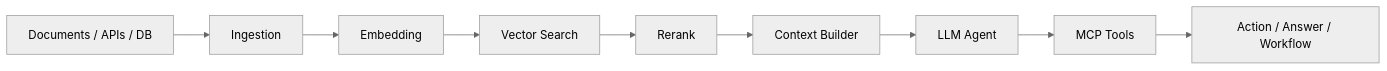
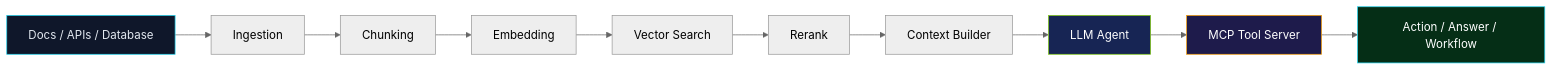
Before and after one commit to Cat-FC/Cat-FC: the diagram in README.md, drawn with Mermaid (neutral theme). The commit also changed other lines of this file and 2 other files, not shown here.

````diff
--- a/README.md
+++ b/README.md
@@ -71,11 +56,17 @@
 ```mermaid
 flowchart LR
-    A["Documents / APIs / DB"] --> B["Ingestion"]
-    B --> C["Embedding"]
-    C --> D["Vector Search"]
-    D --> E["Rerank"]
-    E --> F["Context Builder"]
-    F --> G["LLM Agent"]
-    G --> H["MCP Tools"]
-    H --> I["Action / Answer / Workflow"]
+    A["Docs / APIs / Database"] --> B["Ingestion"]
+    B --> C["Chunking"]
+    C --> D["Embedding"]
+    D --> E["Vector Search"]
+    E --> F["Rerank"]
+    F --> G["Context Builder"]
+    G --> H["LLM Agent"]
+    H --> I["MCP Tool Server"]
+    I --> J["Action / Answer / Workflow"]
+
+    style A fill:#0f172a,stroke:#22d3ee,color:#e2e8f0
+    style H fill:#172554,stroke:#84cc16,color:#ffffff
+    style I fill:#1e1b4b,stroke:#f59e0b,color:#ffffff
+    style J fill:#052e16,stroke:#22d3ee,color:#ffffff
 ```
````
